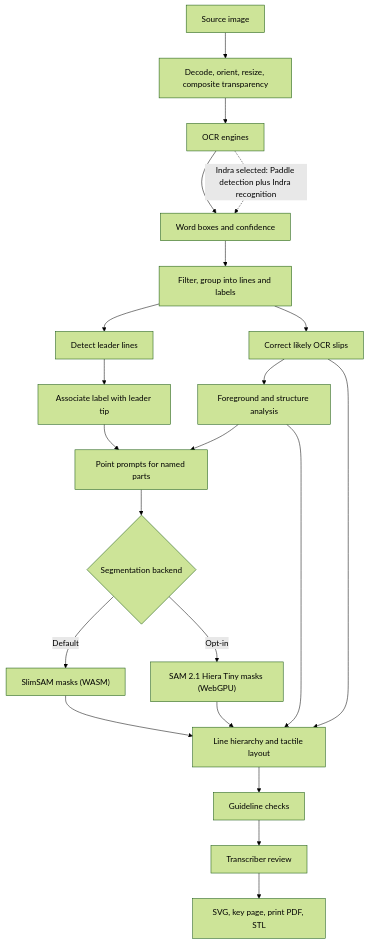
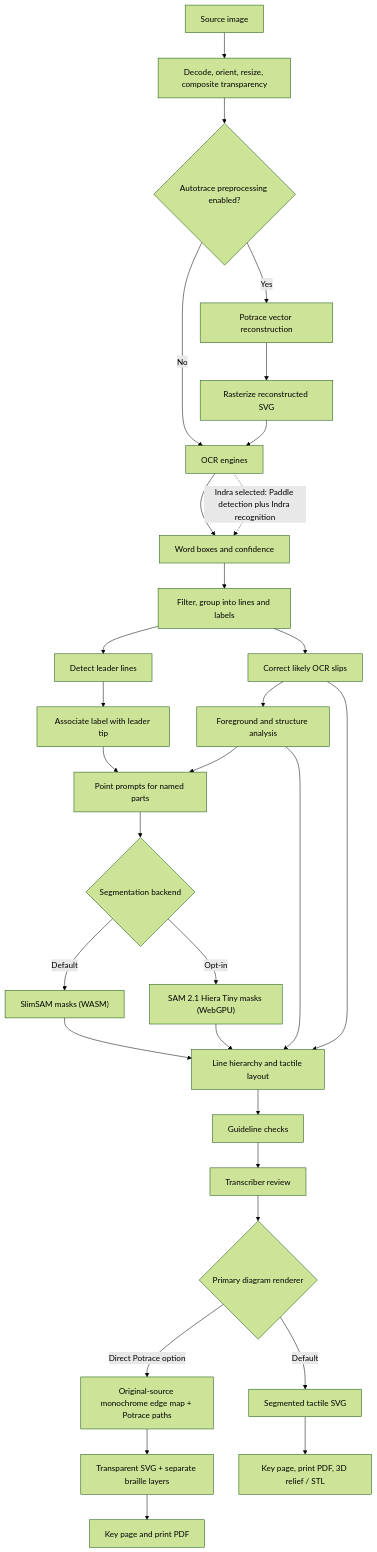
The diagram in docs/architecture.md (mrhunsaker/TactiDiagram), drawn with Mermaid (forest theme) before and after one commit. The commit also changed other lines of this file and 10 other files, not shown here.

````diff
--- a/docs/architecture.md
+++ b/docs/architecture.md
@@ -26,24 +26,33 @@
 ```mermaid
 flowchart TD
   A["Source image"] --> B["Decode, orient, resize, composite transparency"]
-  B --> C["OCR engines"]
+  B --> P{"Autotrace preprocessing enabled?"}
+  P -->|No| C["OCR engines"]
+  P -->|Yes| P1["Potrace vector reconstruction"]
+  P1 --> P2["Rasterize reconstructed SVG"]
+  P2 --> C
   C --> D["Word boxes and confidence"]
   C -.->|Indra selected: Paddle detection plus Indra recognition| D
   D --> E["Filter, group into lines and labels"]
   E --> F["Correct likely OCR slips"]
   E --> G["Detect leader lines"]
   G --> H["Associate label with leader tip"]
   F --> I["Foreground and structure analysis"]
   H --> J["Point prompts for named parts"]
   I --> J
   J --> K{"Segmentation backend"}
   K -->|Default| S["SlimSAM masks (WASM)"]
   K -->|Opt-in| S2["SAM 2.1 Hiera Tiny masks (WebGPU)"]
   S --> L["Line hierarchy and tactile layout"]
   S2 --> L
   I --> L
   F --> L
   L --> M["Guideline checks"]
   M --> N["Transcriber review"]
-  N --> O["SVG, key page, print PDF, STL"]
+  N --> O{"Primary diagram renderer"}
+  O -->|Default| O1["Segmented tactile SVG"]
+  O -->|Direct Potrace option| O2["Original-source monochrome edge map + Potrace paths"]
+  O2 --> O3["Transparent SVG + separate braille layers"]
+  O1 --> O4["Key page, print PDF, 3D relief / STL"]
+  O3 --> O5["Key page and print PDF"]
 ```
````
